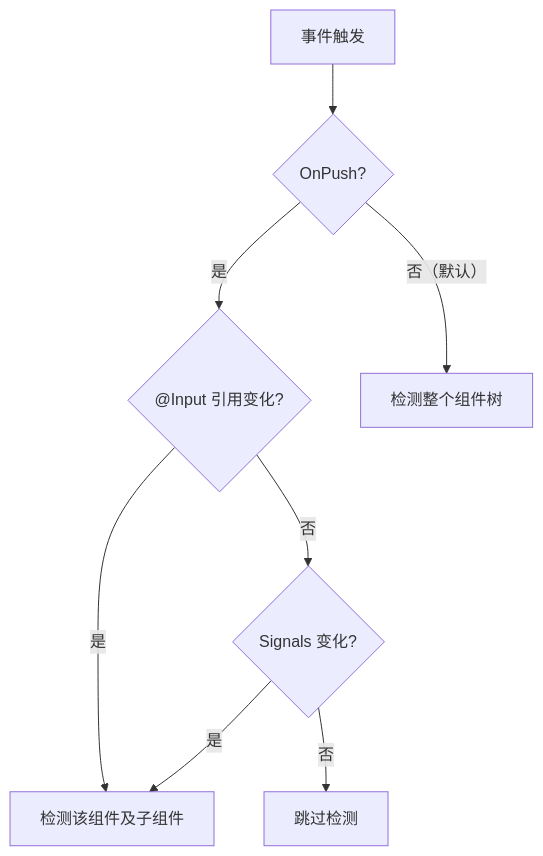
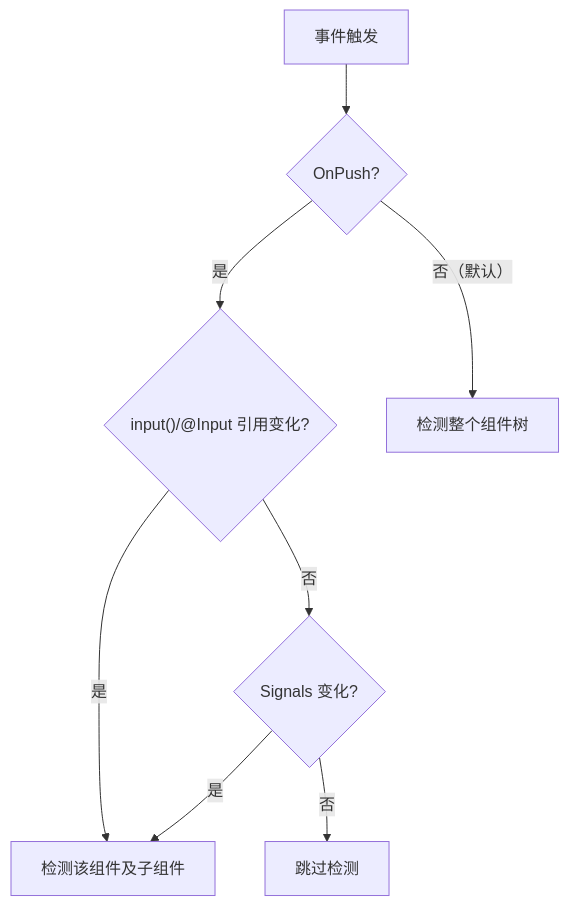
Diagram 12 of 17 in S2-框架深入/05-Angular20学习指南.md (KMaybe01/common), drawn with Mermaid before and after one commit. The commit also changed other lines of this file, not shown here.

````diff
--- a/S2-框架深入/05-Angular20学习指南.md
+++ b/S2-框架深入/05-Angular20学习指南.md
@@ -1817,10 +1822,10 @@
 ```mermaid
 graph TD
     A["事件触发"] --> B{"OnPush?"}
-    B -->|"是"| C{"@Input 引用变化?"}
+    B -->|"是"| C{"input()/@Input 引用变化?"}
     C -->|"是"| D["检测该组件及子组件"]
     C -->|"否"| E{"Signals 变化?"}
     E -->|"是"| D
     E -->|"否"| F["跳过检测"]
     B -->|"否（默认）"| G["检测整个组件树"]
 ```
````
